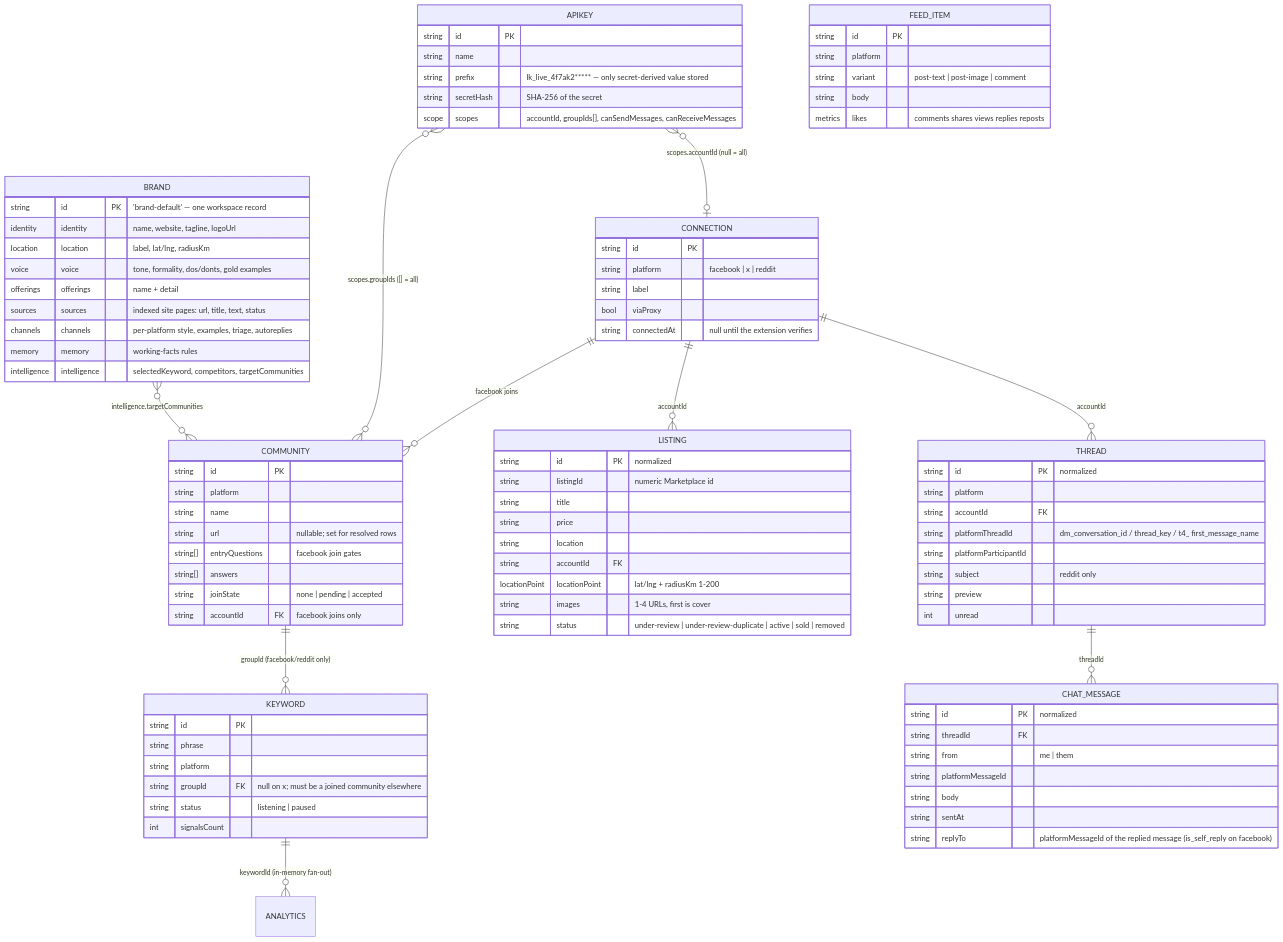
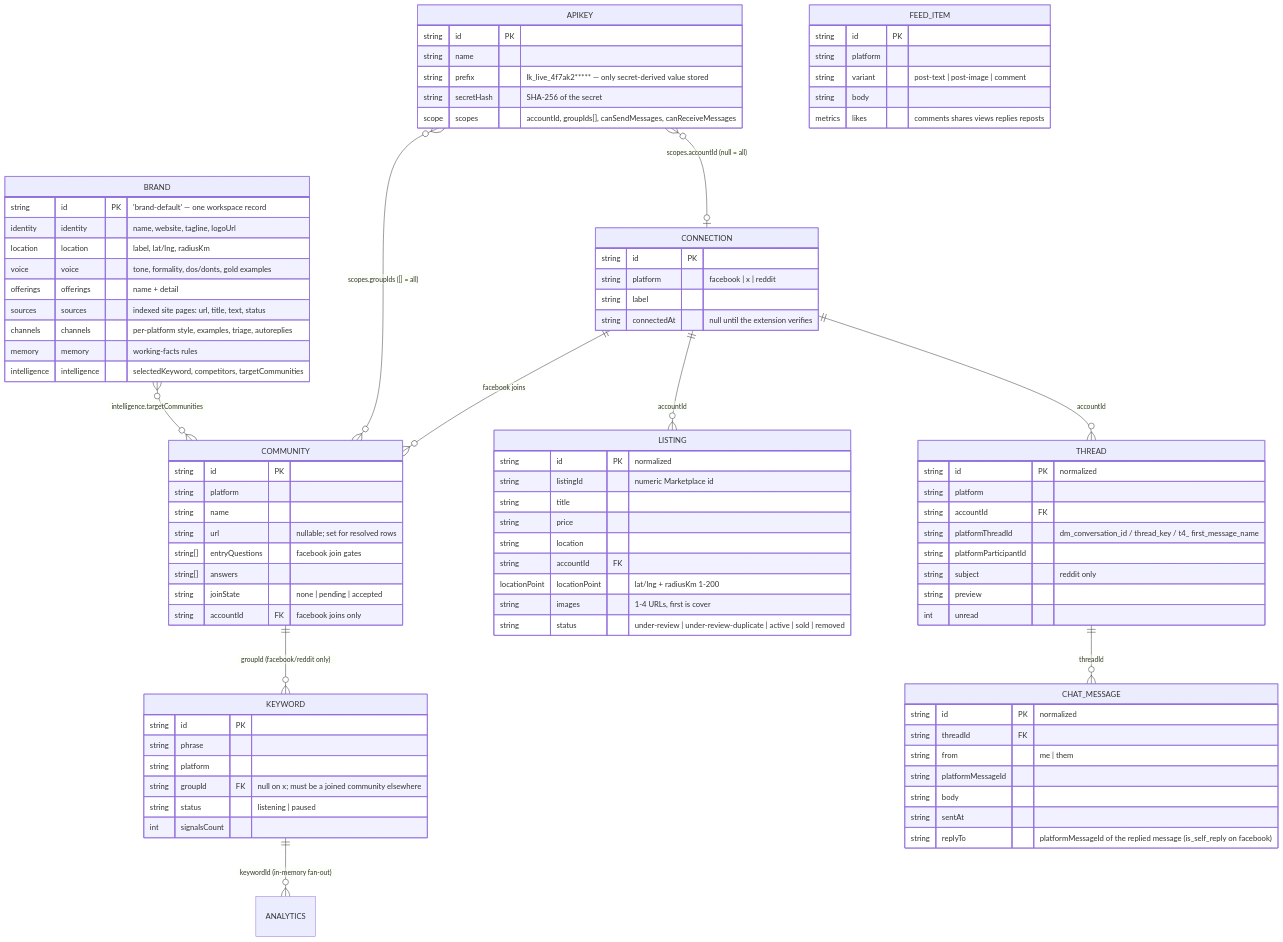
Before and after one commit to matthewdonsemail-lab/log: the third of 9 diagrams in README.md, drawn with Mermaid. The commit also changed other lines of this file and 53 other files, not shown here.

First line of the commit message:
feat: mandatory operator-set proxy hidden from users; landing flows into onboarding

```diff
--- a/README.md
+++ b/README.md
@@ -174,7 +177,6 @@
     string id PK
     string platform "facebook | x | reddit"
     string label
-    bool viaProxy
     string connectedAt "null until the extension verifies"
   }
   COMMUNITY {
```
